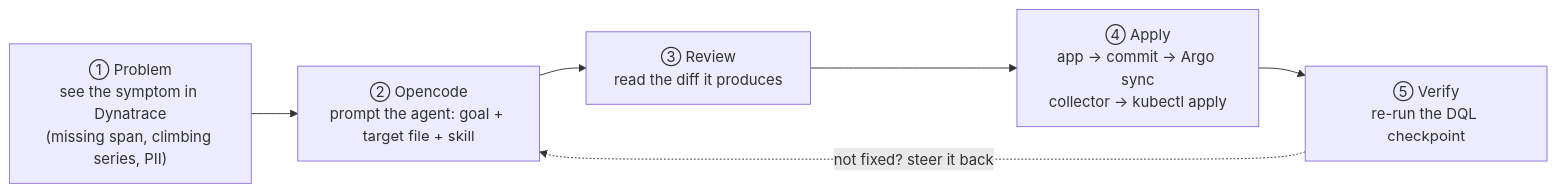
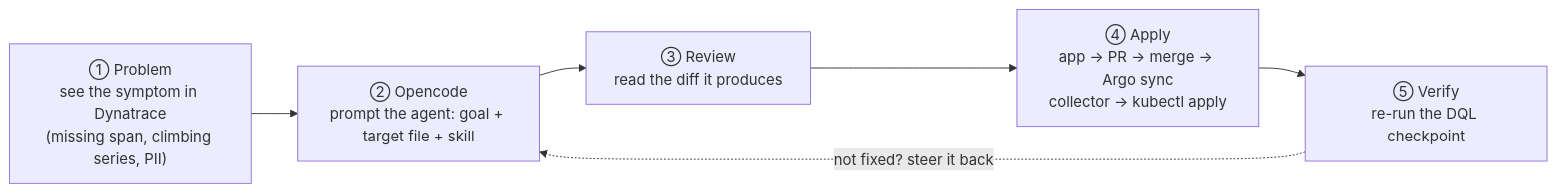
The second of 3 diagrams in docs-site/advanced/environment.md (agardnerIT/Otel-Training), drawn with Mermaid before and after one commit. The commit also changed other lines of this file and 7 other files, not shown here.

````diff
--- a/docs-site/advanced/environment.md
+++ b/docs-site/advanced/environment.md
@@ -70,10 +104,10 @@
 ```mermaid
 flowchart LR
   p["① Problem<br/>see the symptom in Dynatrace<br/>(missing span, climbing series, PII)"]
   o["② Opencode<br/>prompt the agent: goal + target file + skill"]
   r["③ Review<br/>read the diff it produces"]
-  a["④ Apply<br/>app → commit → Argo sync<br/>collector → kubectl apply"]
+  a["④ Apply<br/>app → PR → merge → Argo sync<br/>collector → kubectl apply"]
   v["⑤ Verify<br/>re-run the DQL checkpoint"]
   p --> o --> r --> a --> v
   v -. "not fixed? steer it back" .-> o
 ```
````
